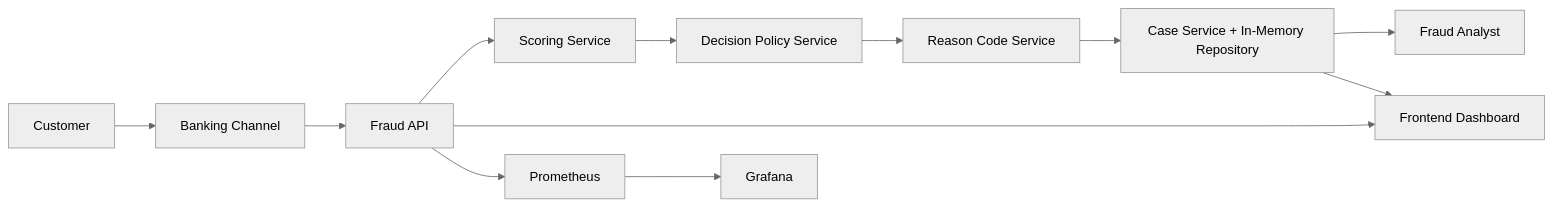
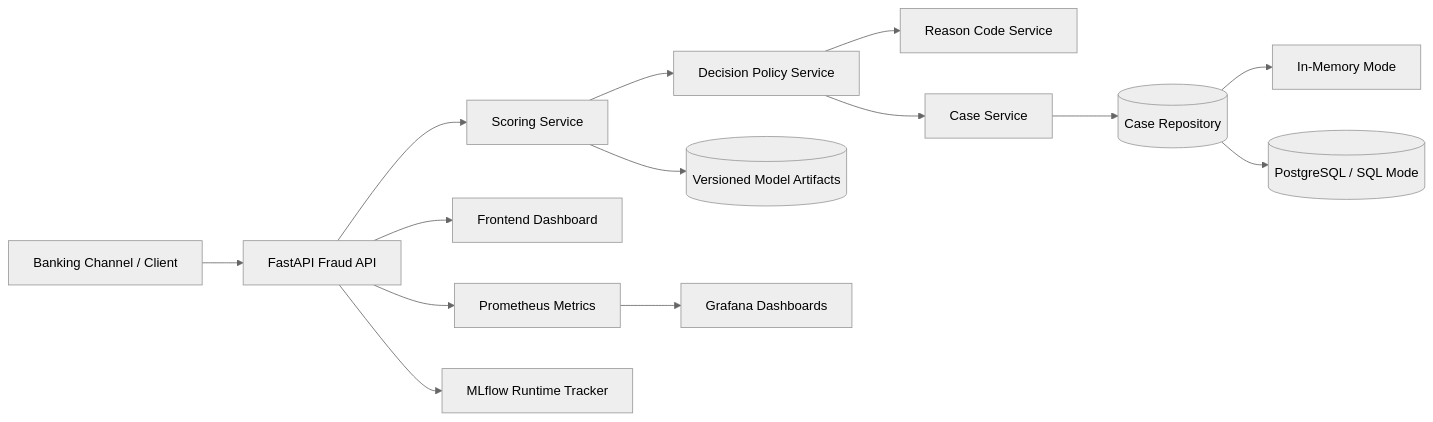
One commit to AnBinh1703/Final_Project_DMM501_Group1 changed the first of 3 diagrams in ARCHITECTURE.md. Above: the diagram before and after it, drawn with Mermaid (neutral theme). The commit also changed other lines of this file and 22 other files, not shown here.

````diff
--- a/ARCHITECTURE.md
+++ b/ARCHITECTURE.md
@@ -14,16 +19,17 @@
 ```mermaid
 flowchart LR
-  CUSTOMER[Customer] --> CHANNEL[Banking Channel]
-  CHANNEL --> API[Fraud API]
+  CHANNEL[Banking Channel / Client] --> API[FastAPI Fraud API]
   API --> SCORE[Scoring Service]
   SCORE --> POLICY[Decision Policy Service]
   POLICY --> REASON[Reason Code Service]
-  REASON --> CASE[Case Service + In-Memory Repository]
+  POLICY --> CASE[Case Service]
+  CASE --> REPO[(Case Repository)]
+  REPO --> MEM[In-Memory Mode]
+  REPO --> SQL[(PostgreSQL / SQL Mode)]
 
-  CASE --> ANALYST[Fraud Analyst]
   API --> UI[Frontend Dashboard]
-  CASE --> UI
-
-  API --> PROM[Prometheus]
-  PROM --> GRAF[Grafana]
+  API --> PROM[Prometheus Metrics]
+  PROM --> GRAF[Grafana Dashboards]
+  API --> MLFLOW[MLflow Runtime Tracker]
+  SCORE --> ART[(Versioned Model Artifacts)]
 ```
````
